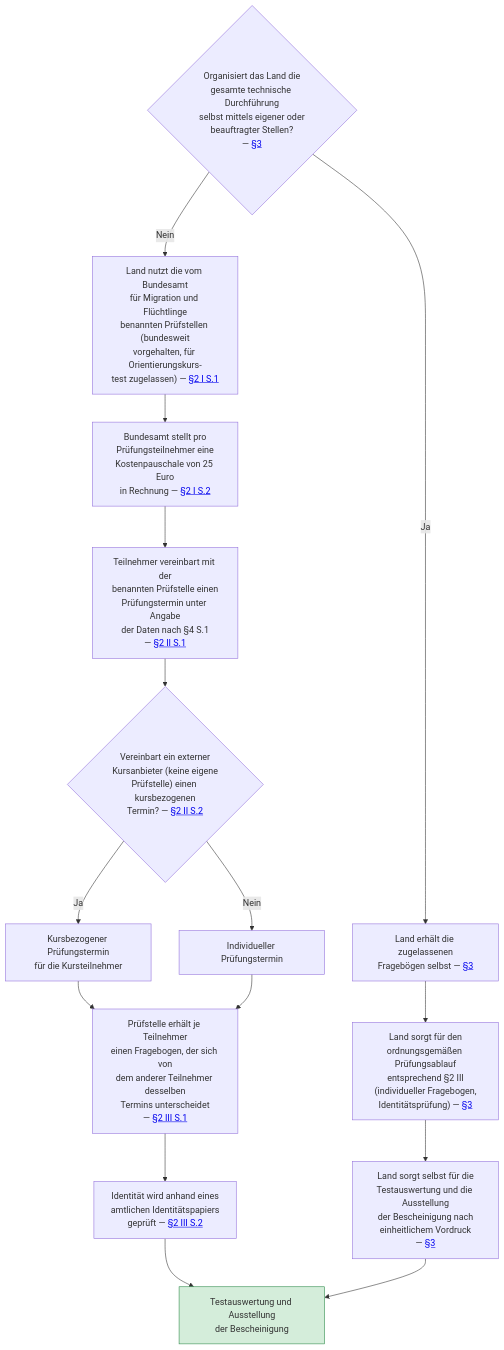
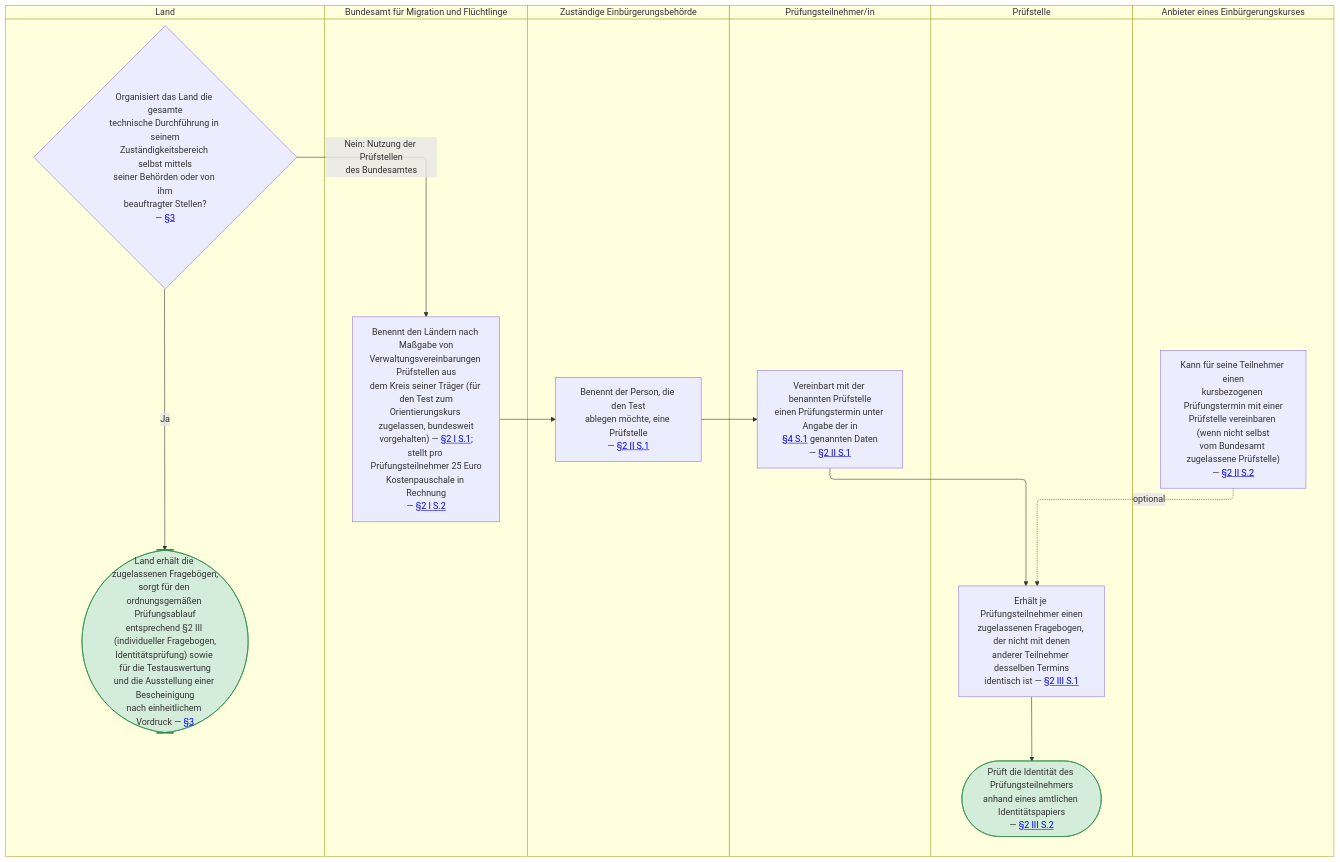
Before and after one commit to digitalservicebund/zfl-website: the diagram in src/content/ki-visualisierungen/EinbTestV/verfahrenswege.mmd, drawn with Mermaid. The commit also changed 48 other files, not shown here.

```diff
--- a/src/content/ki-visualisierungen/EinbTestV/verfahrenswege.mmd
+++ b/src/content/ki-visualisierungen/EinbTestV/verfahrenswege.mmd
@@ -1,33 +1,41 @@
 ---
 summary: "Zeigt die beiden möglichen Verfahrenswege zur Durchführung des Einbürgerungstests nach §§ 2 und 3 EinbTestV: Nutzung der vom Bundesamt benannten Prüfstellen gegen Kostenpauschale oder eigenständige Organisation durch das Land."
 ---
-flowchart TD
-    A{"Organisiert das Land die<br/>gesamte technische Durchführung<br/>selbst mittels eigener oder<br/>beauftragter Stellen?<br/>— <a href='{{ELI}}/art-z3' target='_blank' rel='noopener'>§3</a>"}
+swimlane-beta TD
+    subgraph LA["Land"]
+        start{"Organisiert das Land die gesamte<br/>technische Durchführung in seinem<br/>Zuständigkeitsbereich selbst mittels<br/>seiner Behörden oder von ihm<br/>beauftragter Stellen?<br/>— <a href='{{ELI}}/art-z3' target='_blank' rel='noopener'>§3</a>"}
+        landselbst(["Land erhält die zugelassenen Fragebögen,<br/>sorgt für den ordnungsgemäßen Prüfungsablauf<br/>entsprechend §2 III (individueller Fragebogen,<br/>Identitätsprüfung) sowie für die Testauswertung<br/>und die Ausstellung einer Bescheinigung<br/>nach einheitlichem Vordruck — <a href='{{ELI}}/art-z3' target='_blank' rel='noopener'>§3</a>"])
+    end
 
-    A -->|Nein| B["Land nutzt die vom Bundesamt<br/>für Migration und Flüchtlinge<br/>benannten Prüfstellen (bundesweit<br/>vorgehalten, für Orientierungskurs-<br/>test zugelassen) — <a href='{{ELI}}#art-z2_abs-z1' target='_blank' rel='noopener'>§2 I S.1</a>"]
+    subgraph BA["Bundesamt für Migration und Flüchtlinge"]
+        pruefstellen["Benennt den Ländern nach Maßgabe von<br/>Verwaltungsvereinbarungen Prüfstellen aus<br/>dem Kreis seiner Träger (für den Test zum<br/>Orientierungskurs zugelassen, bundesweit<br/>vorgehalten) — <a href='{{ELI}}#art-z2_abs-z1' target='_blank' rel='noopener'>§2 I S.1</a>;<br/>stellt pro Prüfungsteilnehmer 25 Euro<br/>Kostenpauschale in Rechnung<br/>— <a href='{{ELI}}#art-z2_abs-z1' target='_blank' rel='noopener'>§2 I S.2</a>"]
+    end
 
-    B --> C["Bundesamt stellt pro<br/>Prüfungsteilnehmer eine<br/>Kostenpauschale von 25 Euro<br/>in Rechnung — <a href='{{ELI}}#art-z2_abs-z1' target='_blank' rel='noopener'>§2 I S.2</a>"]
+    subgraph EB["Zuständige Einbürgerungsbehörde"]
+        benennung["Benennt der Person, die den Test<br/>ablegen möchte, eine Prüfstelle<br/>— <a href='{{ELI}}#art-z2_abs-z2' target='_blank' rel='noopener'>§2 II S.1</a>"]
+    end
 
-    C --> D["Teilnehmer vereinbart mit der<br/>benannten Prüfstelle einen<br/>Prüfungstermin unter Angabe<br/>der Daten nach §4 S.1<br/>— <a href='{{ELI}}#art-z2_abs-z2' target='_blank' rel='noopener'>§2 II S.1</a>"]
+    subgraph TN["Prüfungsteilnehmer/in"]
+        termin["Vereinbart mit der benannten Prüfstelle<br/>einen Prüfungstermin unter Angabe der in<br/><a href='{{ELI}}/art-z4' target='_blank' rel='noopener'>§4 S.1</a> genannten Daten<br/>— <a href='{{ELI}}#art-z2_abs-z2' target='_blank' rel='noopener'>§2 II S.1</a>"]
+    end
 
-    D --> E{"Vereinbart ein externer<br/>Kursanbieter (keine eigene<br/>Prüfstelle) einen kursbezogenen<br/>Termin? — <a href='{{ELI}}#art-z2_abs-z2' target='_blank' rel='noopener'>§2 II S.2</a>"}
+    subgraph PS["Prüfstelle"]
+        fragebogen["Erhält je Prüfungsteilnehmer einen<br/>zugelassenen Fragebogen, der nicht mit denen<br/>anderer Teilnehmer desselben Termins<br/>identisch ist — <a href='{{ELI}}#art-z2_abs-z3' target='_blank' rel='noopener'>§2 III S.1</a>"]
+        identitaet(["Prüft die Identität des Prüfungsteilnehmers<br/>anhand eines amtlichen Identitätspapiers<br/>— <a href='{{ELI}}#art-z2_abs-z3' target='_blank' rel='noopener'>§2 III S.2</a>"])
+    end
 
-    E -->|Ja| F["Kursbezogener Prüfungstermin<br/>für die Kursteilnehmer"]
-    E -->|Nein| G["Individueller Prüfungstermin"]
+    subgraph KA["Anbieter eines Einbürgerungskurses"]
+        kurs["Kann für seine Teilnehmer einen<br/>kursbezogenen Prüfungstermin mit einer<br/>Prüfstelle vereinbaren (wenn nicht selbst<br/>vom Bundesamt zugelassene Prüfstelle)<br/>— <a href='{{ELI}}#art-z2_abs-z2' target='_blank' rel='noopener'>§2 II S.2</a>"]
+    end
 
-    F --> H
-    G --> H["Prüfstelle erhält je Teilnehmer<br/>einen Fragebogen, der sich von<br/>dem anderer Teilnehmer desselben<br/>Termins unterscheidet<br/>— <a href='{{ELI}}#art-z2_abs-z3' target='_blank' rel='noopener'>§2 III S.1</a>"]
+    start -->|Ja| landselbst
+    start -->|"Nein: Nutzung der Prüfstellen<br/>des Bundesamtes"| pruefstellen
+    pruefstellen --> benennung
+    benennung --> termin
+    termin --> fragebogen
+    kurs -.->|optional| fragebogen
+    fragebogen --> identitaet
+    benennung ~~~ kurs
 
-    H --> I["Identität wird anhand eines<br/>amtlichen Identitätspapiers<br/>geprüft — <a href='{{ELI}}#art-z2_abs-z3' target='_blank' rel='noopener'>§2 III S.2</a>"]
-
-    I --> Z["Testauswertung und Ausstellung<br/>der Bescheinigung"]
-
-    A -->|Ja| J["Land erhält die zugelassenen<br/>Fragebögen selbst — <a href='{{ELI}}/art-z3' target='_blank' rel='noopener'>§3</a>"]
-
-    J --> K["Land sorgt für den<br/>ordnungsgemäßen Prüfungsablauf<br/>entsprechend §2 III<br/>(individueller Fragebogen,<br/>Identitätsprüfung) — <a href='{{ELI}}/art-z3' target='_blank' rel='noopener'>§3</a>"]
-
-    K --> L["Land sorgt selbst für die<br/>Testauswertung und die Ausstellung<br/>der Bescheinigung nach<br/>einheitlichem Vordruck<br/>— <a href='{{ELI}}/art-z3' target='_blank' rel='noopener'>§3</a>"]
-
-    L --> Z
-
-    style Z fill:#d4edda,stroke:#2d8a4a
+    style landselbst fill:#d4edda,stroke:#2d8a4a
+    style identitaet fill:#d4edda,stroke:#2d8a4a
```
